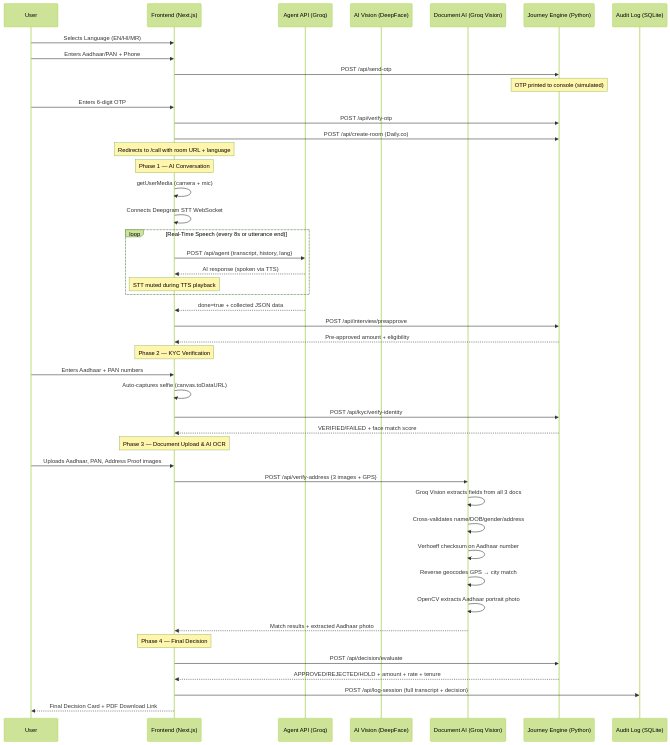
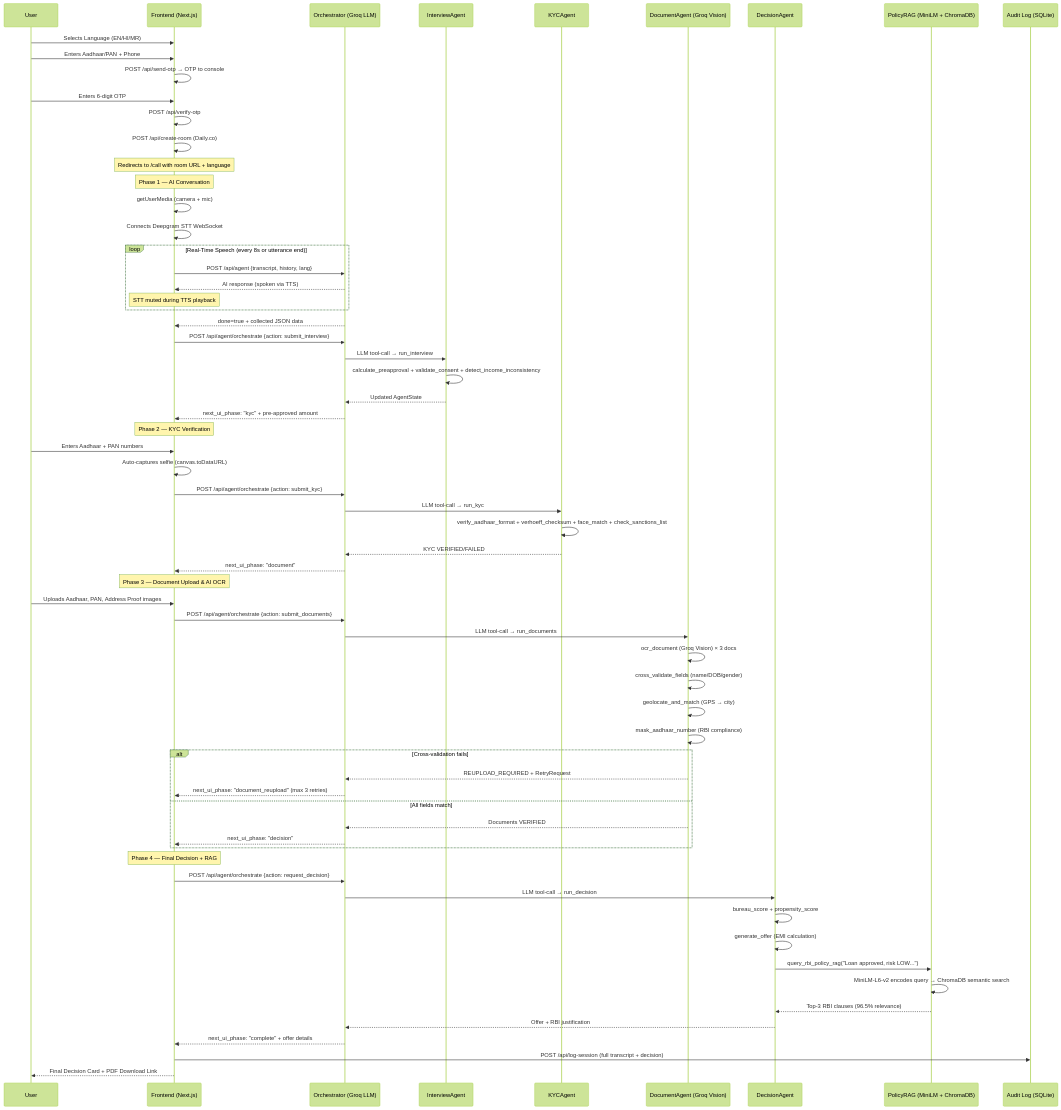
The diagram in README.md (kkrishhhh/vericall), drawn with Mermaid (forest theme) before and after one commit. The commit also changed other lines of this file, not shown here.

Commit message:
docs: comprehensive README with agentic AI and neural network RAG documentation

````diff
--- a/README.md
+++ b/README.md
@@ -114,53 +234,73 @@
 ```mermaid
 sequenceDiagram
     participant User
     participant Frontend as Frontend (Next.js)
-    participant Agent as Agent API (Groq)
-    participant Vision as AI Vision (DeepFace)
-    participant DocAI as Document AI (Groq Vision)
-    participant Journey as Journey Engine (Python)
+    participant Orch as Orchestrator (Groq LLM)
+    participant Interview as InterviewAgent
+    participant KYC as KYCAgent
+    participant DocAI as DocumentAgent (Groq Vision)
+    participant Decision as DecisionAgent
+    participant RAG as PolicyRAG (MiniLM + ChromaDB)
     participant Audit as Audit Log (SQLite)
 
     User->>Frontend: Selects Language (EN/HI/MR)
     User->>Frontend: Enters Aadhaar/PAN + Phone
-    Frontend->>Journey: POST /api/send-otp
-    Note over Journey: OTP printed to console (simulated)
+    Frontend->>Frontend: POST /api/send-otp → OTP to console
     User->>Frontend: Enters 6-digit OTP
-    Frontend->>Journey: POST /api/verify-otp
-    Frontend->>Journey: POST /api/create-room (Daily.co)
+    Frontend->>Frontend: POST /api/verify-otp
+    Frontend->>Frontend: POST /api/create-room (Daily.co)
     Note over Frontend: Redirects to /call with room URL + language
 
     Note over Frontend: Phase 1 — AI Conversation
     Frontend->>Frontend: getUserMedia (camera + mic)
     Frontend->>Frontend: Connects Deepgram STT WebSocket
     loop Real-Time Speech (every 8s or utterance end)
-        Frontend->>Agent: POST /api/agent {transcript, history, lang}
-        Agent-->>Frontend: AI response (spoken via TTS)
+        Frontend->>Orch: POST /api/agent {transcript, history, lang}
+        Orch-->>Frontend: AI response (spoken via TTS)
         Note over Frontend: STT muted during TTS playback
     end
-    Agent-->>Frontend: done=true + collected JSON data
-    Frontend->>Journey: POST /api/interview/preapprove
-    Journey-->>Frontend: Pre-approved amount + eligibility
+    Orch-->>Frontend: done=true + collected JSON data
+    Frontend->>Orch: POST /api/agent/orchestrate {action: submit_interview}
+    Orch->>Interview: LLM tool-call → run_interview
+    Interview->>Interview: calculate_preapproval + validate_consent + detect_income_inconsistency
+    Interview-->>Orch: Updated AgentState
+    Orch-->>Frontend: next_ui_phase: "kyc" + pre-approved amount
 
     Note over Frontend: Phase 2 — KYC Verification
     User->>Frontend: Enters Aadhaar + PAN numbers
     Frontend->>Frontend: Auto-captures selfie (canvas.toDataURL)
-    Frontend->>Journey: POST /api/kyc/verify-identity
-    Journey-->>Frontend: VERIFIED/FAILED + face match score
+    Frontend->>Orch: POST /api/agent/orchestrate {action: submit_kyc}
+    Orch->>KYC: LLM tool-call → run_kyc
+    KYC->>KYC: verify_aadhaar_format + verhoeff_checksum + face_match + check_sanctions_list
+    KYC-->>Orch: KYC VERIFIED/FAILED
+    Orch-->>Frontend: next_ui_phase: "document"
 
     Note over Frontend: Phase 3 — Document Upload & AI OCR
     User->>Frontend: Uploads Aadhaar, PAN, Address Proof images
-    Frontend->>DocAI: POST /api/verify-address {3 images + GPS}
-    DocAI->>DocAI: Groq Vision extracts fields from all 3 docs
-    DocAI->>DocAI: Cross-validates name/DOB/gender/address
-    DocAI->>DocAI: Verhoeff checksum on Aadhaar number
-    DocAI->>DocAI: Reverse geocodes GPS → city match
-    DocAI->>DocAI: OpenCV extracts Aadhaar portrait photo
-    DocAI-->>Frontend: Match results + extracted Aadhaar photo
+    Frontend->>Orch: POST /api/agent/orchestrate {action: submit_documents}
+    Orch->>DocAI: LLM tool-call → run_documents
+    DocAI->>DocAI: ocr_document (Groq Vision) × 3 docs
+    DocAI->>DocAI: cross_validate_fields (name/DOB/gender)
+    DocAI->>DocAI: geolocate_and_match (GPS → city)
+    DocAI->>DocAI: mask_aadhaar_number (RBI compliance)
+    alt Cross-validation fails
+        DocAI-->>Orch: REUPLOAD_REQUIRED + RetryRequest
+        Orch-->>Frontend: next_ui_phase: "document_reupload" (max 3 retries)
+    else All fields match
+        DocAI-->>Orch: Documents VERIFIED
+        Orch-->>Frontend: next_ui_phase: "decision"
+    end
 
-    Note over Frontend: Phase 4 — Final Decision
-    Frontend->>Journey: POST /api/decision/evaluate
-    Journey-->>Frontend: APPROVED/REJECTED/HOLD + amount + rate + tenure
+    Note over Frontend: Phase 4 — Final Decision + RAG
+    Frontend->>Orch: POST /api/agent/orchestrate {action: request_decision}
+    Orch->>Decision: LLM tool-call → run_decision
+    Decision->>Decision: bureau_score + propensity_score
+    Decision->>Decision: generate_offer (EMI calculation)
+    Decision->>RAG: query_rbi_policy_rag("Loan approved, risk LOW...")
+    RAG->>RAG: MiniLM-L6-v2 encodes query → ChromaDB semantic search
+    RAG-->>Decision: Top-3 RBI clauses (96.5% relevance)
+    Decision-->>Orch: Offer + RBI justification
+    Orch-->>Frontend: next_ui_phase: "complete" + offer details
     Frontend->>Audit: POST /api/log-session (full transcript + decision)
     Frontend-->>User: Final Decision Card + PDF Download Link
 ```
````
